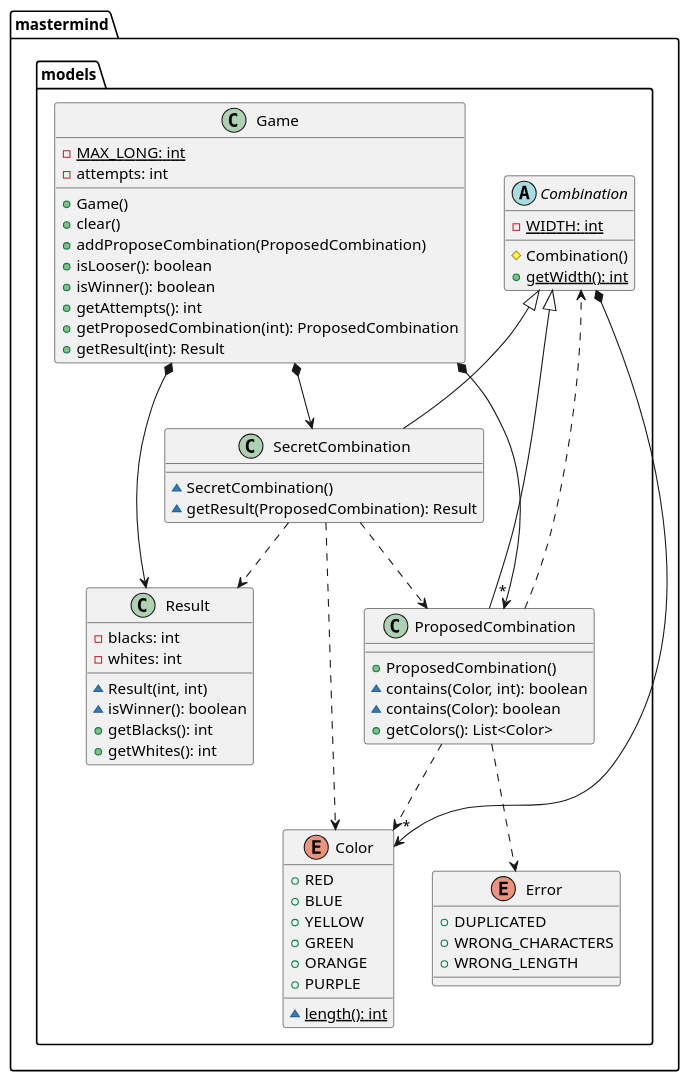
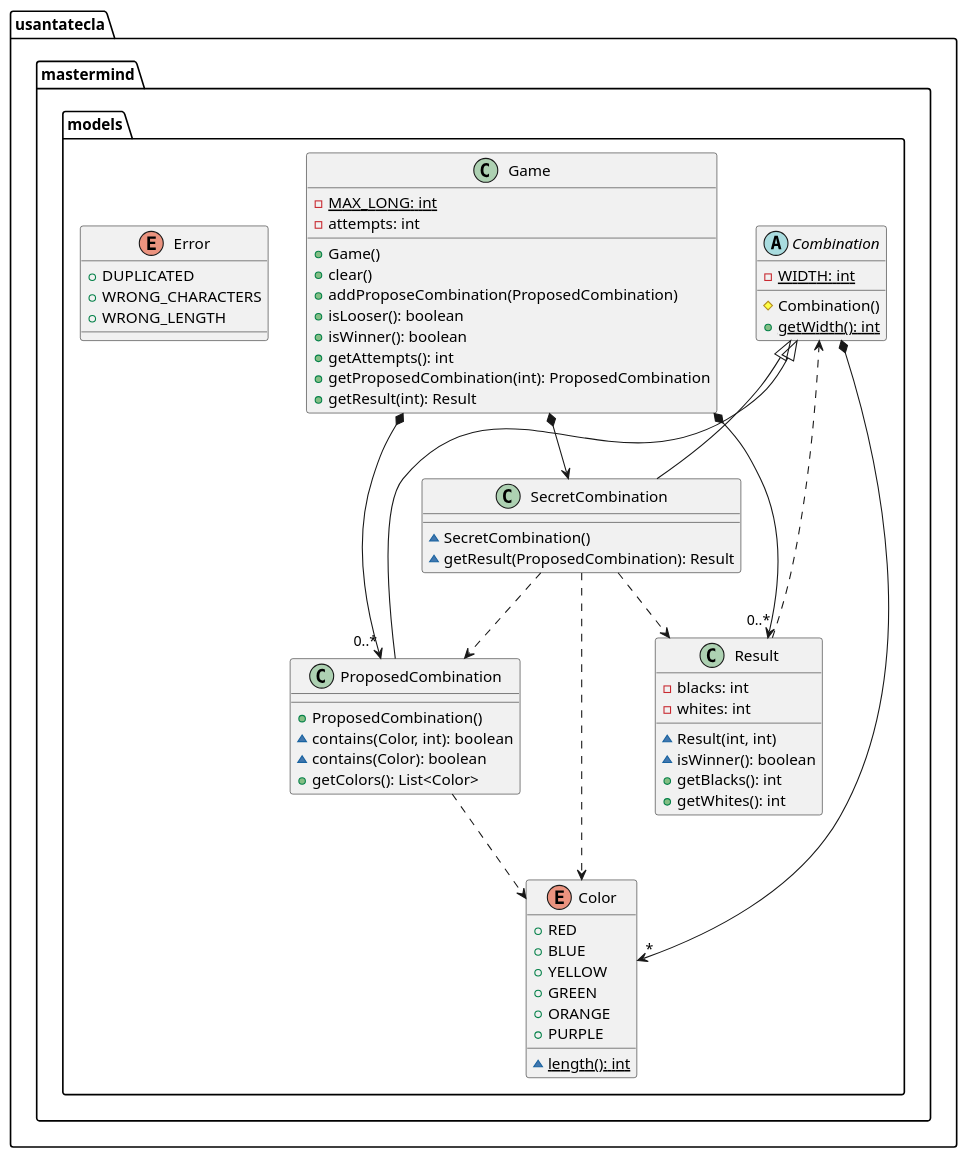
Before and after one commit to SantaTecla-mastermind/solution.java.swing.socket.sql: the fifth of 6 diagrams in documentView/withoutFactoryMethod/docs/diagrams/src/paquetes.plantuml, drawn with PlantUML. The commit also changed other lines of this file and 15 other files, not shown here.

Commit message:
README dv.withoutFactory - Falta solo paquete graphics. Refactorizado nombre paquetes con 'usantatecla'.

```diff
--- a/documentView/withoutFactoryMethod/docs/diagrams/src/paquetes.plantuml
+++ b/documentView/withoutFactoryMethod/docs/diagrams/src/paquetes.plantuml
@@ -75,70 +198,70 @@
-@startuml mastermind.models
-enum mastermind.models.Color {
-+ RED
-+ BLUE
-+ YELLOW
-+ GREEN
-+ ORANGE
-+ PURPLE
-~ {static} length(): int
-}
-
-abstract class mastermind.models.Combination {
+@startuml usantatecla.mastermind.models
+abstract class usantatecla.mastermind.models.Combination {
 - {static} WIDTH: int
 # Combination()
 + {static} getWidth(): int
 }
-mastermind.models.Combination *-down-> "*" mastermind.models.Color
+usantatecla.mastermind.models.Combination *-down-> "*" usantatecla.mastermind.models.Color
 
-enum mastermind.models.Error {
-+ DUPLICATED
-+ WRONG_CHARACTERS
-+ WRONG_LENGTH
-}
-
-class mastermind.models.Game {
+class usantatecla.mastermind.models.Game {
 - {static} MAX_LONG: int
 - attempts: int
 + Game()
 + clear()
 + addProposeCombination(ProposedCombination)
 + isLooser(): boolean
 + isWinner(): boolean
 + getAttempts(): int
 + getProposedCombination(int): ProposedCombination
 + getResult(int): Result
 }
-mastermind.models.Game *-down-> mastermind.models.SecretCombination
-mastermind.models.Game *-down-> mastermind.models.Result
-mastermind.models.Game *-down-> "*" mastermind.models.ProposedCombination
+usantatecla.mastermind.models.Game *-down-> usantatecla.mastermind.models.SecretCombination
+usantatecla.mastermind.models.Game *-down-> "0..*" usantatecla.mastermind.models.Result
+usantatecla.mastermind.models.Game *-down-> "0..*" usantatecla.mastermind.models.ProposedCombination
 
-class mastermind.models.ProposedCombination {
+class usantatecla.mastermind.models.ProposedCombination {
 + ProposedCombination()
 ~ contains(Color, int): boolean
 ~ contains(Color): boolean
 + getColors(): List<Color>
 }
-mastermind.models.Combination <|-down- mastermind.models.ProposedCombination
-mastermind.models.ProposedCombination ..> mastermind.models.Error
-mastermind.models.ProposedCombination ..> mastermind.models.Color
+usantatecla.mastermind.models.Combination <|-down- usantatecla.mastermind.models.ProposedCombination
+usantatecla.mastermind.models.ProposedCombination ..> usantatecla.mastermind.models.Color
 
-class mastermind.models.Result {
+class usantatecla.mastermind.models.SecretCombination {
+~ SecretCombination()
+~ getResult(ProposedCombination): Result
+}
+usantatecla.mastermind.models.Combination <|-down- usantatecla.mastermind.models.SecretCombination
+usantatecla.mastermind.models.SecretCombination ..> usantatecla.mastermind.models.Result
+usantatecla.mastermind.models.SecretCombination ..> usantatecla.mastermind.models.ProposedCombination
+usantatecla.mastermind.models.SecretCombination ..> usantatecla.mastermind.models.Color
+
+class usantatecla.mastermind.models.Result {
 - blacks: int
 - whites: int
 ~ Result(int, int)
 ~ isWinner(): boolean
 + getBlacks(): int
 + getWhites(): int
 }
 
-mastermind.models.ProposedCombination ..> mastermind.models.Combination
+usantatecla.mastermind.models.Result ..> usantatecla.mastermind.models.Combination
 
-class mastermind.models.SecretCombination {
-~ SecretCombination()
-~ getResult(ProposedCombination): Result
+enum usantatecla.mastermind.models.Color {
++ RED
++ BLUE
++ YELLOW
++ GREEN
++ ORANGE
++ PURPLE
+~ {static} length(): int
 }
-mastermind.models.Combination <|-down- mastermind.models.SecretCombination
-mastermind.models.SecretCombination ..> mastermind.models.Result
-mastermind.models.SecretCombination ..> mastermind.models.ProposedCombination
-mastermind.models.SecretCombination ..> mastermind.models.Color
+
+enum usantatecla.mastermind.models.Error {
++ DUPLICATED
++ WRONG_CHARACTERS
++ WRONG_LENGTH
+}
+
 @enduml
```
